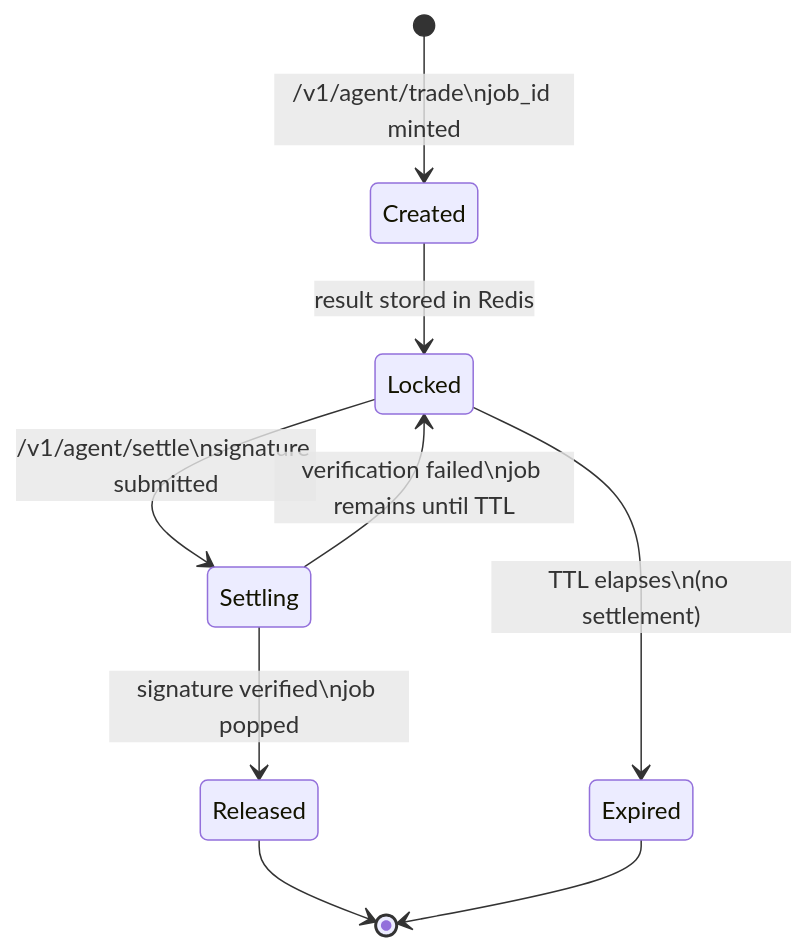
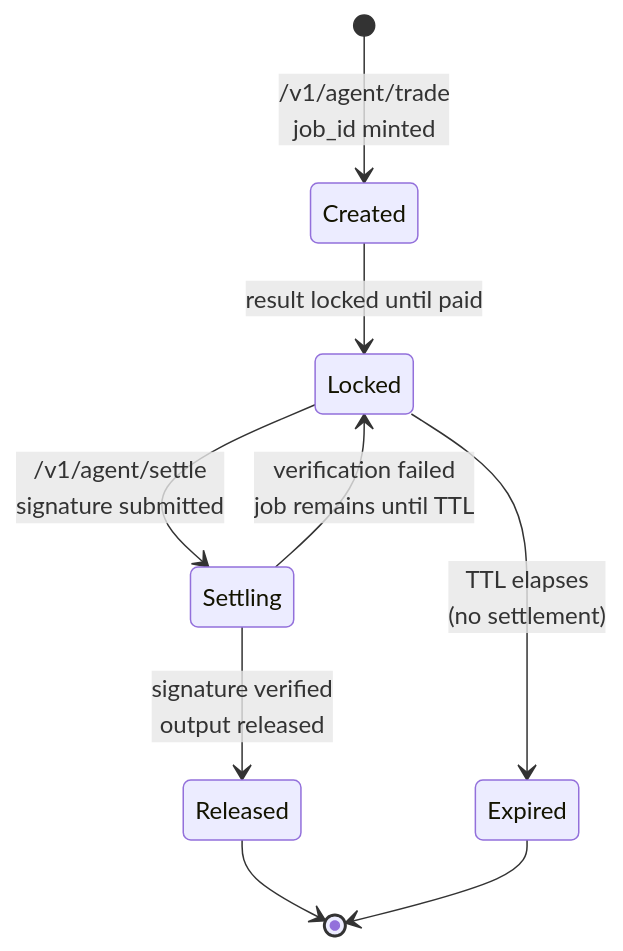
Before and after one commit to The-Swarm-Corporation/ATP-Protocol: the third of 3 diagrams in README.md, drawn with Mermaid. The commit also changed other lines of this file, not shown here.

````diff
--- a/README.md
+++ b/README.md
@@ -172,11 +177,11 @@
 ```mermaid
 stateDiagram-v2
-  [*] --> Created: /v1/agent/trade\njob_id minted
-  Created --> Locked: result stored in Redis
-  Locked --> Expired: TTL elapses\n(no settlement)
-  Locked --> Settling: /v1/agent/settle\nsignature submitted
-  Settling --> Released: signature verified\njob popped
-  Settling --> Locked: verification failed\njob remains until TTL
+  [*] --> Created: /v1/agent/trade<br/>job_id minted
+  Created --> Locked: result locked until paid
+  Locked --> Expired: TTL elapses<br/>(no settlement)
+  Locked --> Settling: /v1/agent/settle<br/>signature submitted
+  Settling --> Released: signature verified<br/>output released
+  Settling --> Locked: verification failed<br/>job remains until TTL
   Released --> [*]
   Expired --> [*]
 ```
````
